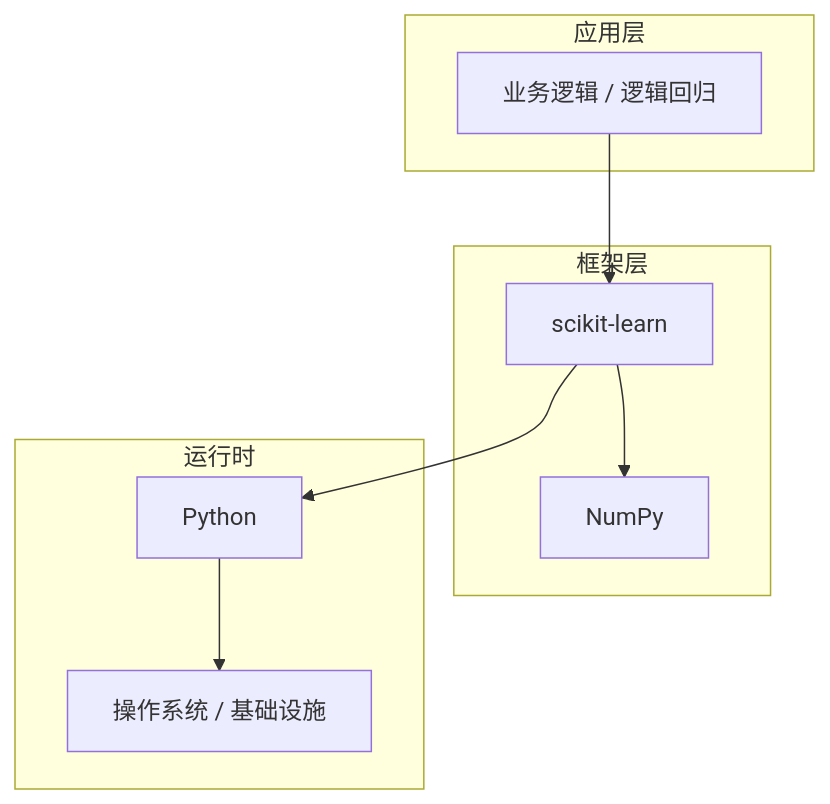
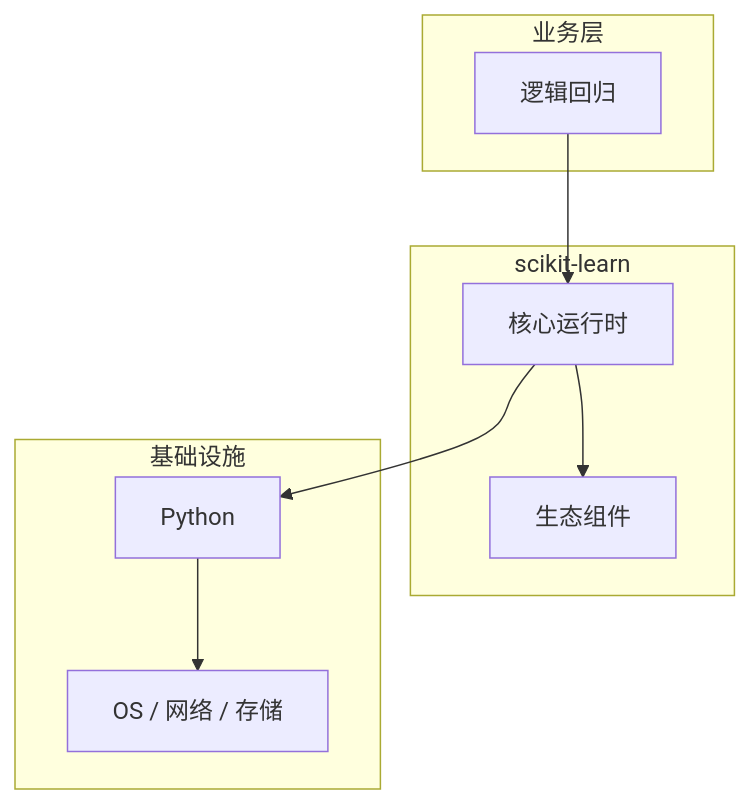
The diagram in articles/机器学习/chapters/029-逻辑回归核心概念与原理.md (yanggan2015/knowledge-json-v2), drawn with Mermaid before and after one commit. The commit also changed other lines of this file and 10127 other files, not shown here.

````diff
--- a/articles/机器学习/chapters/029-逻辑回归核心概念与原理.md
+++ b/articles/机器学习/chapters/029-逻辑回归核心概念与原理.md
@@ -45,18 +30,18 @@
 ```mermaid
 graph TB
-    subgraph 应用层
-        A[业务逻辑 / 逻辑回归]
+    subgraph 业务层
+        A[逻辑回归]
     end
-    subgraph 框架层
-        B[scikit-learn]
-        C[NumPy]
+    subgraph scikit-learn
+        B[核心运行时]
+        C[生态组件]
     end
-    subgraph 运行时
+    subgraph 基础设施
         D[Python]
-        E[操作系统 / 基础设施]
+        E[OS / 网络 / 存储]
     end
     A --> B
     B --> C
     B --> D
     D --> E
 ```
````
